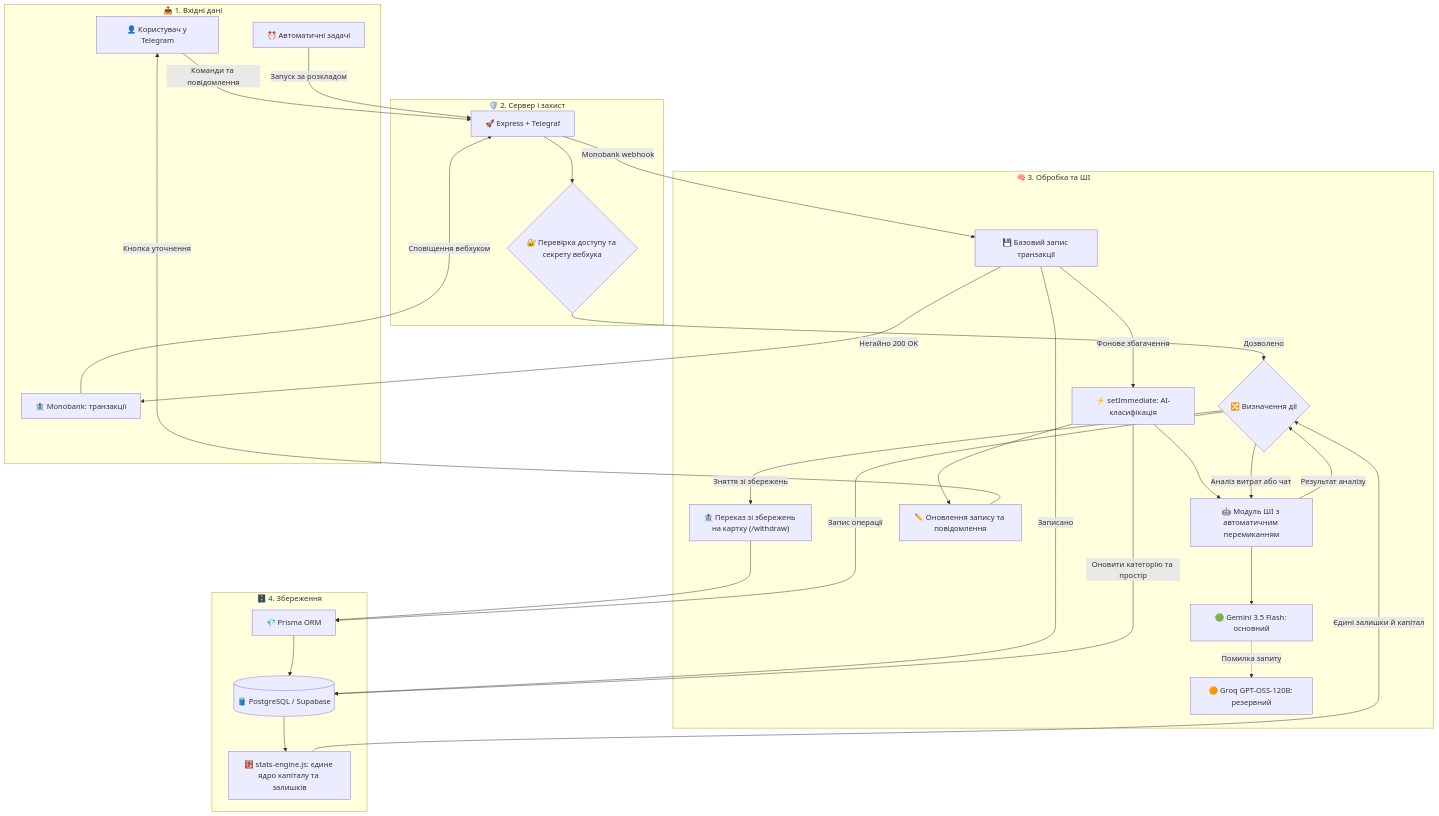
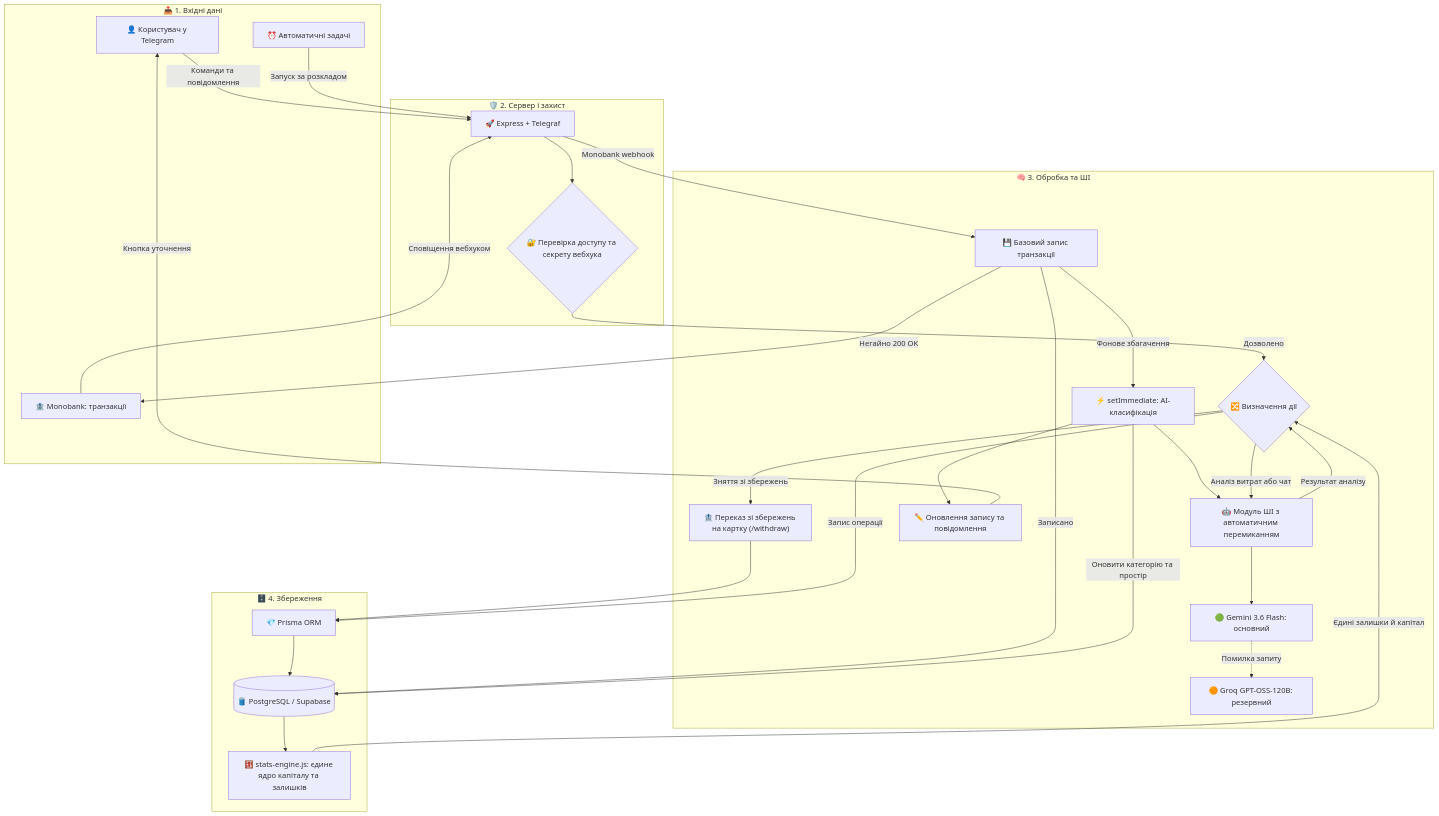
One commit to re-FLEXER/Finance-BOT changed the diagram in README.md. Above: the diagram before and after it, drawn with Mermaid. The commit also changed other lines of this file and 3 other files, not shown here.

Commit message:
chore: update Gemini model to gemini-3.6-flash

````diff
--- a/README.md
+++ b/README.md
@@ -7,60 +7,60 @@
 ```mermaid
 flowchart TD
     %% ВХІДНІ ДАНІ
     subgraph INPUTS["📥 1. Вхідні дані"]
         User["👤 Користувач у Telegram"]
         Mono["🏦 Monobank: транзакції"]
         Cron["⏰ Автоматичні задачі"]
     end
 
     %% СЕРВЕР І ЗАХИСТ
     subgraph CORE["🛡️ 2. Сервер і захист"]
         Server["🚀 Express + Telegraf"]
         Security{"🔐 Перевірка доступу та секрету вебхука"}
     end
 
     %% ОБРОБКА ОПЕРАЦІЙ І ЗАПИТІВ
     subgraph ENGINE["🧠 3. Обробка та ШІ"]
         Router{"🔀 Визначення дії"}
         Withdraw["🏦 Переказ зі збережень на картку (/withdraw)"]
         AI_Module["🤖 Модуль ШІ з автоматичним перемиканням"]
-        Gemini["🟢 Gemini 3.5 Flash: основний"]
+        Gemini["🟢 Gemini 3.6 Flash: основний"]
         Groq["🟠 Groq GPT-OSS-120B: резервний"]
         SaveFirst["💾 Базовий запис транзакції"]
         AsyncAI["⚡ setImmediate: AI-класифікація"]
         Notify["✏️ Оновлення запису та повідомлення"]
     end
 
     %% ЗБЕРІГАННЯ ДАНИХ
     subgraph STORAGE["🗄️ 4. Збереження"]
         Prisma["💎 Prisma ORM"]
         DB[("🛢️ PostgreSQL / Supabase")]
         Stats["🧮 stats-engine.js: єдине ядро капіталу та залишків"]
     end
 
     User -->|Команди та повідомлення| Server
     Mono -->|Сповіщення вебхуком| Server
     Cron -->|Запуск за розкладом| Server
 
     Server --> Security
     Security -->|Дозволено| Router
     Server -->|Monobank webhook| SaveFirst
     SaveFirst -->|Записано| DB
     SaveFirst -->|Негайно 200 OK| Mono
     SaveFirst -->|Фонове збагачення| AsyncAI
     AsyncAI --> AI_Module
     AI_Module --> Gemini
     Gemini -.->|Помилка запиту| Groq
     AsyncAI -->|Оновити категорію та простір| DB
     AsyncAI --> Notify
     Notify -->|Кнопка уточнення| User
     Router -->|Зняття зі збережень| Withdraw
     Router -->|Аналіз витрат або чат| AI_Module
     AI_Module -->|Результат аналізу| Router
 
     Withdraw --> Prisma
     Router -->|Запис операції| Prisma
     Prisma --> DB
     DB --> Stats
     Stats -->|Єдині залишки й капітал| Router
 ```
````
